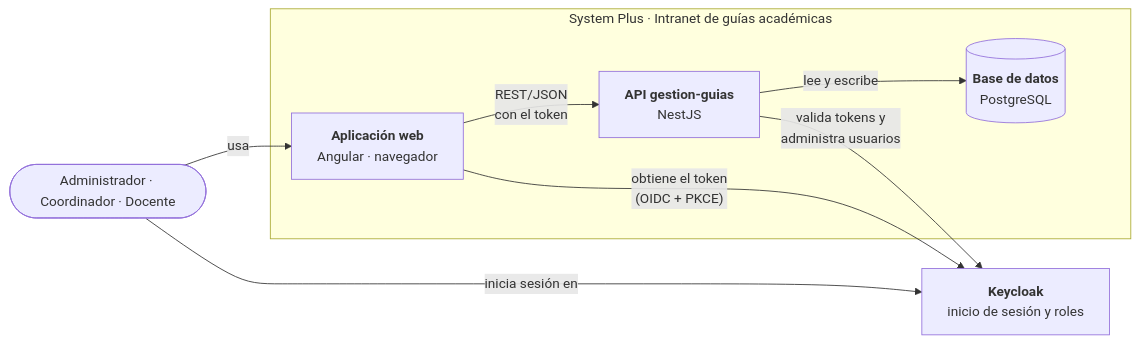
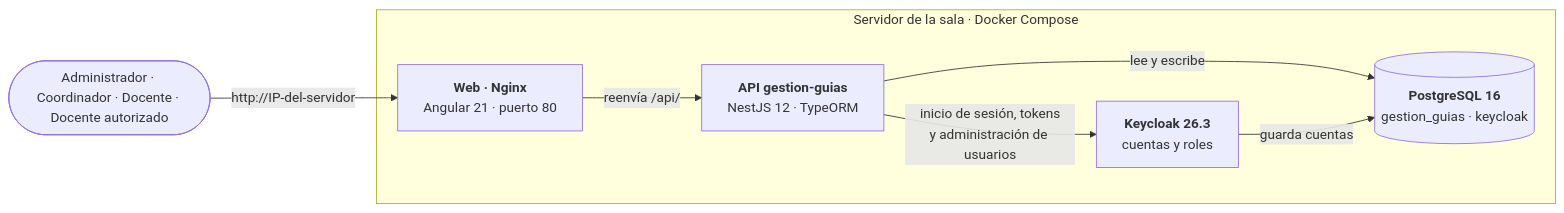
The diagram in README.md (zailynidrobo/system-plus-project), drawn with Mermaid before and after one commit. The commit also changed other lines of this file and 15 other files, not shown here.

First line of the commit message:
docs: README actualizado al sistema final y diagramas de arquitectura

````diff
--- a/README.md
+++ b/README.md
@@ -68,17 +82,16 @@
 ```mermaid
 flowchart LR
-    usuarios(["Administrador · Coordinador · Docente"])
-    subgraph sistema["System Plus · Intranet de guías académicas"]
-        spa["<b>Aplicación web</b><br/>Angular · navegador"]
-        api["<b>API gestion-guias</b><br/>NestJS"]
-        db[("<b>Base de datos</b><br/>PostgreSQL")]
+    usuarios(["Administrador · Coordinador · Docente · Docente autorizado"])
+    subgraph servidor["Servidor de la sala · Docker Compose"]
+        web["<b>Web · Nginx</b><br/>Angular 21 · puerto 80"]
+        api["<b>API gestion-guias</b><br/>NestJS 12 · TypeORM"]
+        kc["<b>Keycloak 26.3</b><br/>cuentas y roles"]
+        db[("<b>PostgreSQL 16</b><br/>gestion_guias · keycloak")]
     end
-    kc["<b>Keycloak</b><br/>inicio de sesión y roles"]
 
-    usuarios -->|usa| spa
-    usuarios -->|inicia sesión en| kc
-    spa -->|"obtiene el token<br/>(OIDC + PKCE)"| kc
-    spa -->|"REST/JSON<br/>con el token"| api
-    api -->|"valida tokens y<br/>administra usuarios"| kc
+    usuarios -->|"http://IP-del-servidor"| web
+    web -->|"reenvía /api/"| api
+    api -->|"inicio de sesión, tokens<br/>y administración de usuarios"| kc
     api -->|lee y escribe| db
+    kc -->|guarda cuentas| db
 ```
````
